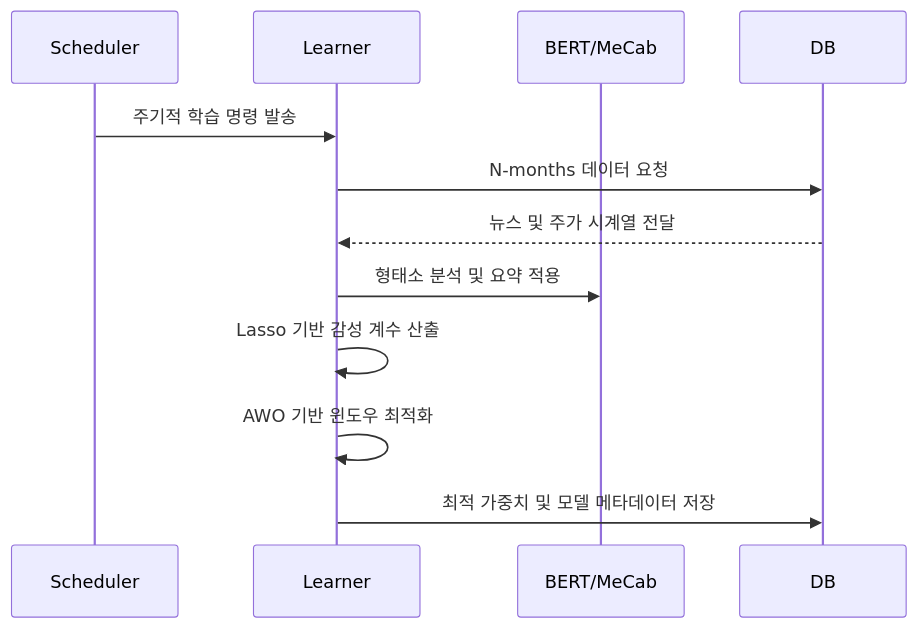
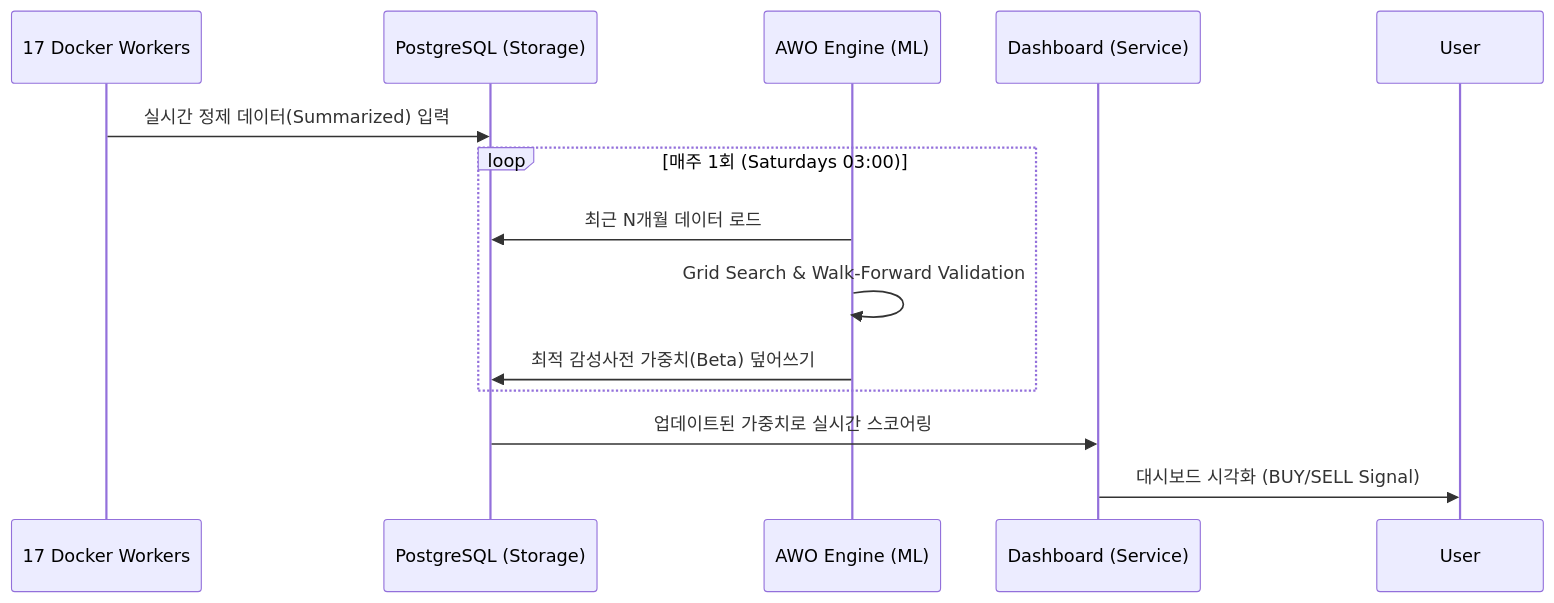
Before and after one commit to silverwoods-dev/N-SentiTrader: the second of 2 diagrams in README.md, drawn with Mermaid. The commit also changed other lines of this file, not shown here.

````diff
--- a/README.md
+++ b/README.md
@@ -143,15 +181,16 @@
 ```mermaid
 sequenceDiagram
-    participant S as Scheduler
-    participant L as Learner
-    participant NLP as BERT/MeCab
-    participant DB as DB
+    participant Worker as 17 Docker Workers
+    participant PG as PostgreSQL (Storage)
+    participant AWO as AWO Engine (ML)
+    participant Core as Dashboard (Service)
     
-    S->>L: 주기적 학습 명령 발송
-    L->>DB: N-months 데이터 요청
-    DB-->>L: 뉴스 및 주가 시계열 전달
-    L->>NLP: 형태소 분석 및 요약 적용
-    L->>L: Lasso 기반 감성 계수 산출
-    L->>L: AWO 기반 윈도우 최적화
-    L->>DB: 최적 가중치 및 모델 메타데이터 저장
+    Worker->>PG: 실시간 정제 데이터(Summarized) 입력
+    loop 매주 1회 (Saturdays 03:00)
+        AWO->>PG: 최근 N개월 데이터 로드
+        AWO->>AWO: Grid Search & Walk-Forward Validation
+        AWO->>PG: 최적 감성사전 가중치(Beta) 덮어쓰기
+    end
+    PG->>Core: 업데이트된 가중치로 실시간 스코어링
+    Core->>User: 대시보드 시각화 (BUY/SELL Signal)
 ```
````
